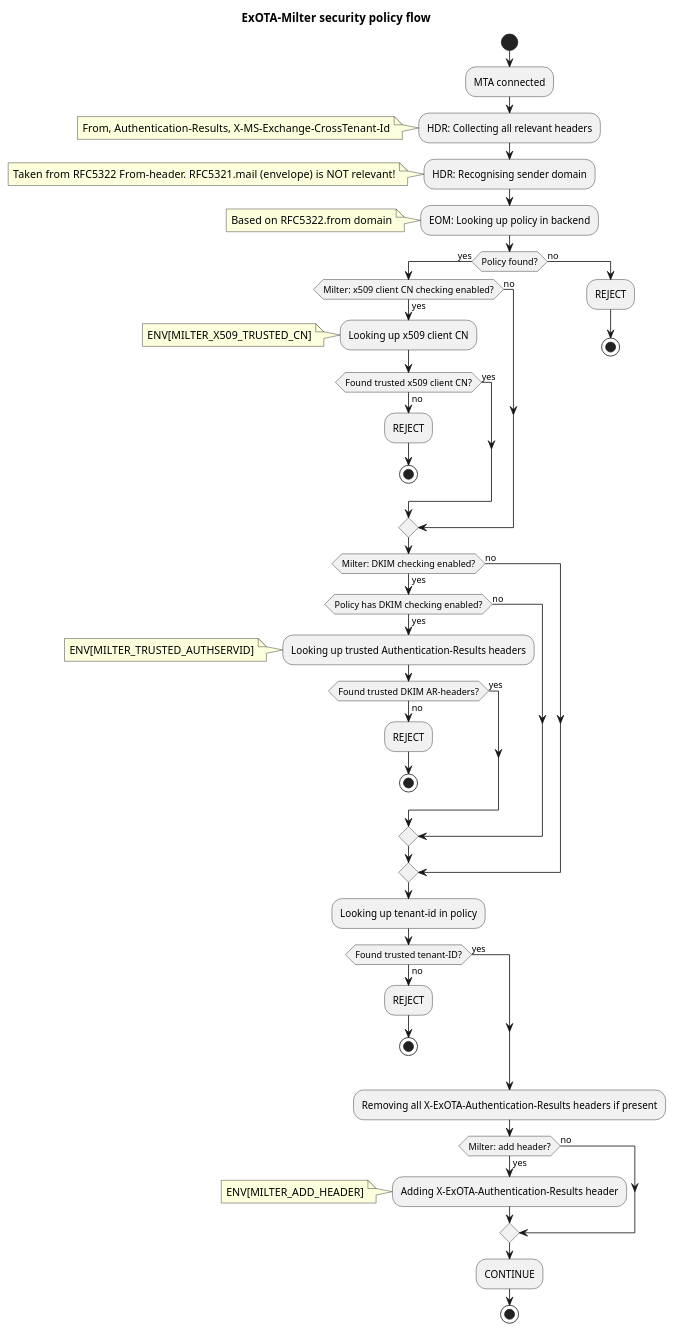
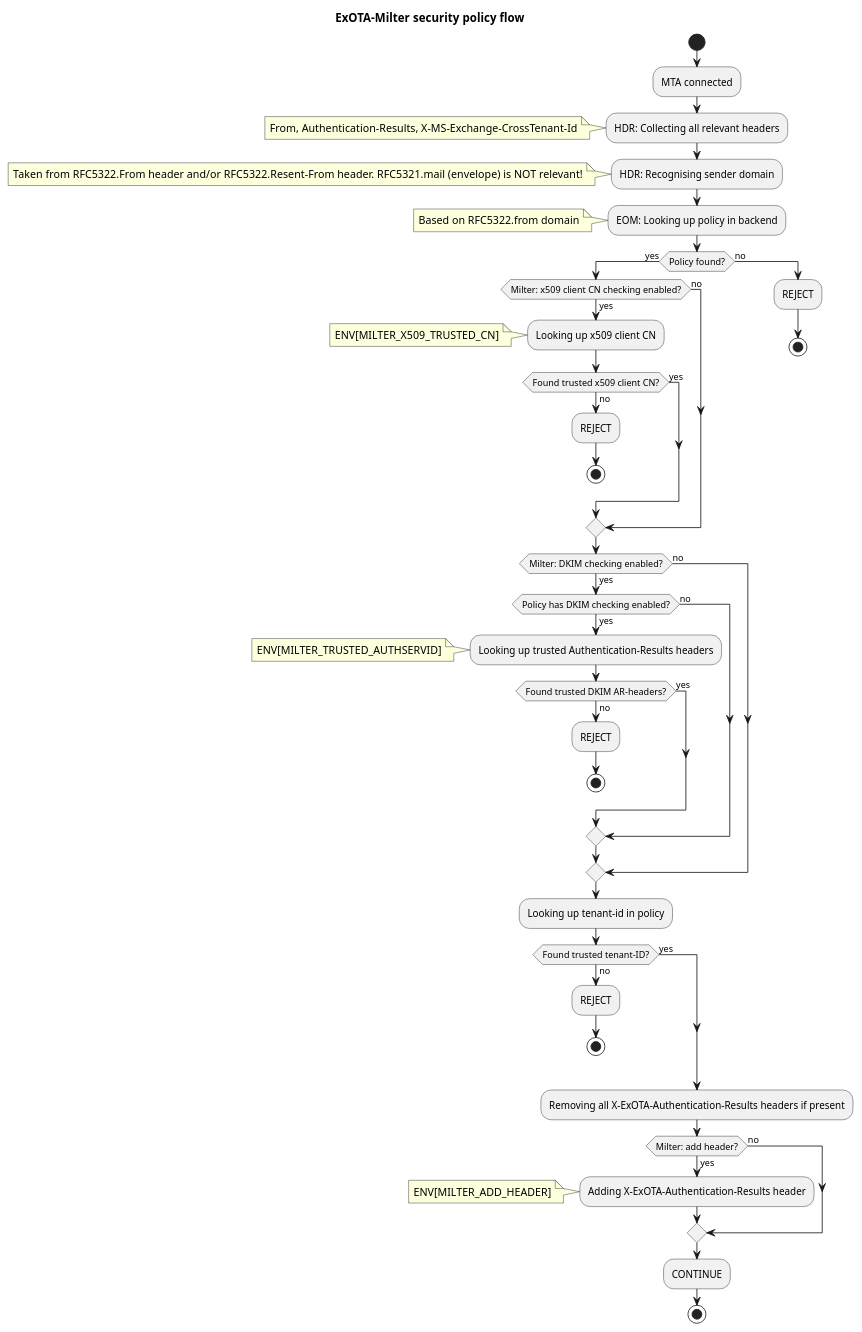
The diagram in activity_policy.puml (chillout2k/ExOTA-Milter), drawn with PlantUML before and after one commit. The commit also changed 6 other files, not shown here.

```diff
--- a/activity_policy.puml
+++ b/activity_policy.puml
@@ -1,59 +1,59 @@
 @startuml
 
 title ExOTA-Milter security policy flow 
 start
 :MTA connected; 
 
 :HDR: Collecting all relevant headers;
 note left: From, Authentication-Results, X-MS-Exchange-CrossTenant-Id
 
 :HDR: Recognising sender domain;
-note left: Taken from RFC5322 From-header. RFC5321.mail (envelope) is NOT relevant!
+note left: Taken from RFC5322.From header and/or RFC5322.Resent-From header. RFC5321.mail (envelope) is NOT relevant!
 
 :EOM: Looking up policy in backend;
 note left: Based on RFC5322.from domain
 
 if (Policy found?) then (yes)
   if (Milter: x509 client CN checking enabled?) then (yes)
     :Looking up x509 client CN;
     note left: ENV[MILTER_X509_TRUSTED_CN]
     if (Found trusted x509 client CN?) then (yes)
     else (no)
       :REJECT;
       stop
     endif
   else (no)
   endif
   if (Milter: DKIM checking enabled?) then (yes)
     if (Policy has DKIM checking enabled?) then (yes)
       :Looking up trusted Authentication-Results headers;
       note left: ENV[MILTER_TRUSTED_AUTHSERVID]
       if (Found trusted DKIM AR-headers?) then (yes)
       else (no)
         :REJECT;
         stop
       endif
     else (no)
     endif
   else (no)
   endif
   :Looking up tenant-id in policy;
   if (Found trusted tenant-ID?) then (no)
     :REJECT;
     stop
   else (yes)
   endif
 else (no)
   :REJECT;
   stop
 endif
 :Removing all X-ExOTA-Authentication-Results headers if present;
 if (Milter: add header?) then (yes)
   :Adding X-ExOTA-Authentication-Results header;
   note left: ENV[MILTER_ADD_HEADER]
 else (no)
 endif
 :CONTINUE;
 stop
 
 @enduml
```
